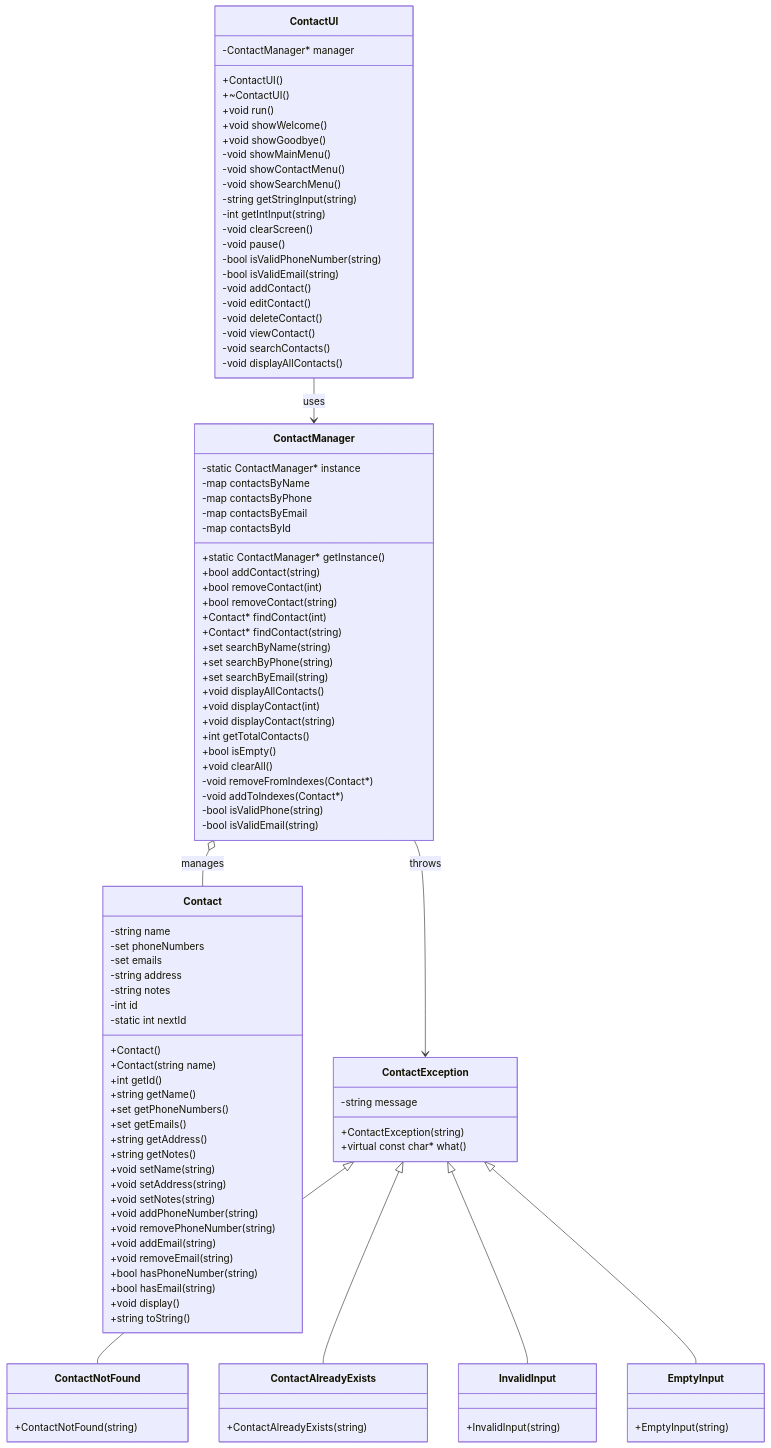
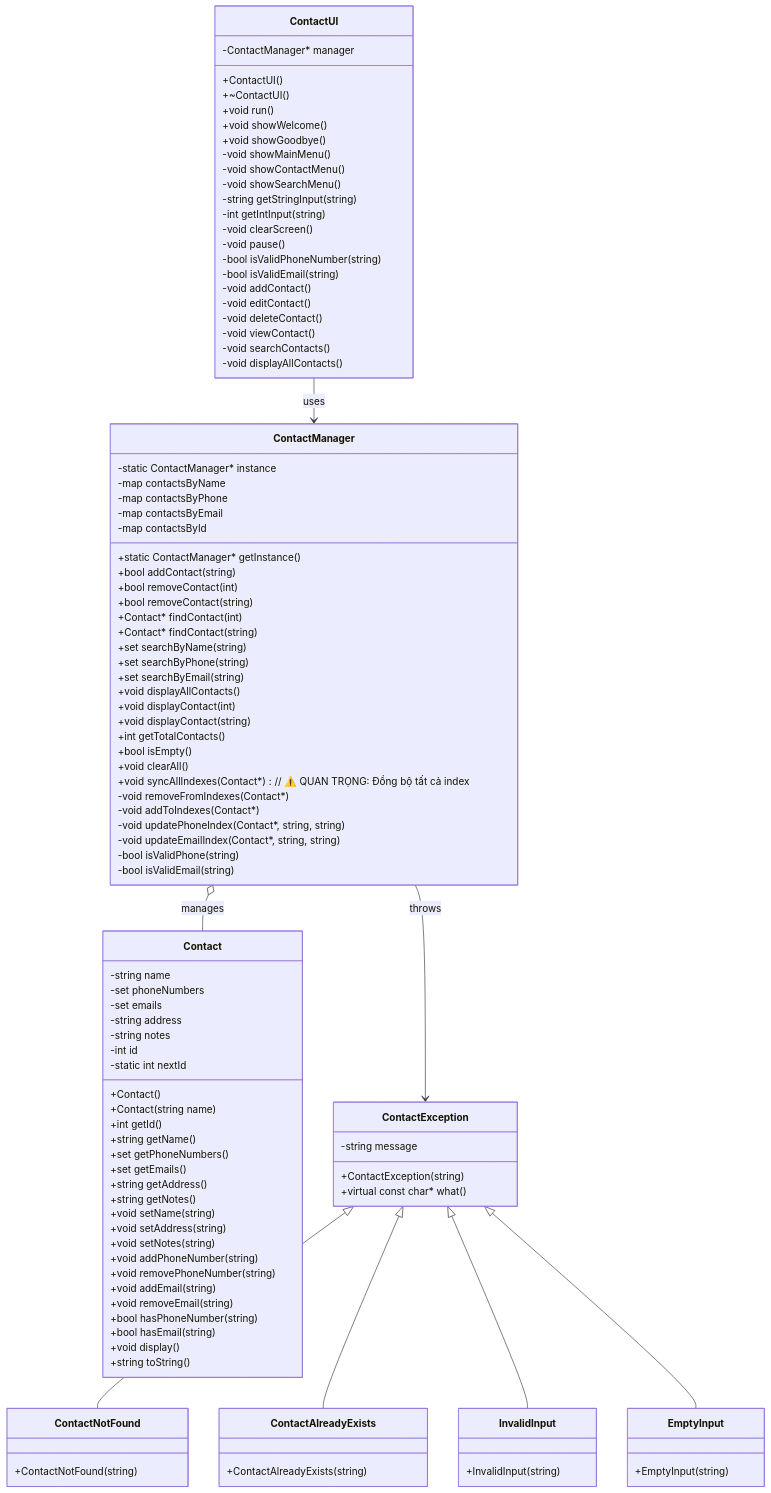
One commit to TaiLoiZzzz/DSA_PROJECT changed the first of 13 diagrams in UML_DIAGRAMS.md. Above: the diagram before and after it, drawn with Mermaid. The commit also changed 1 other file, not shown here.

```diff
--- a/UML_DIAGRAMS.md
+++ b/UML_DIAGRAMS.md
@@ -62,8 +62,11 @@
         +int getTotalContacts()
         +bool isEmpty()
         +void clearAll()
+        +void syncAllIndexes(Contact*)  // ⚠️ QUAN TRỌNG: Đồng bộ tất cả index
         -void removeFromIndexes(Contact*)
         -void addToIndexes(Contact*)
+        -void updatePhoneIndex(Contact*, string, string)
+        -void updateEmailIndex(Contact*, string, string)
         -bool isValidPhone(string)
         -bool isValidEmail(string)
     }
```
